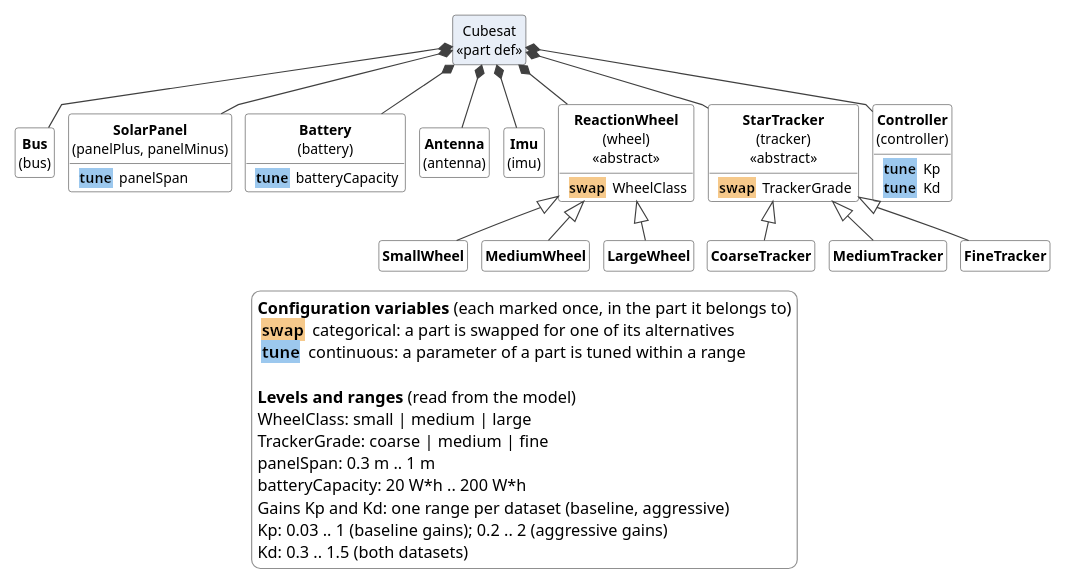
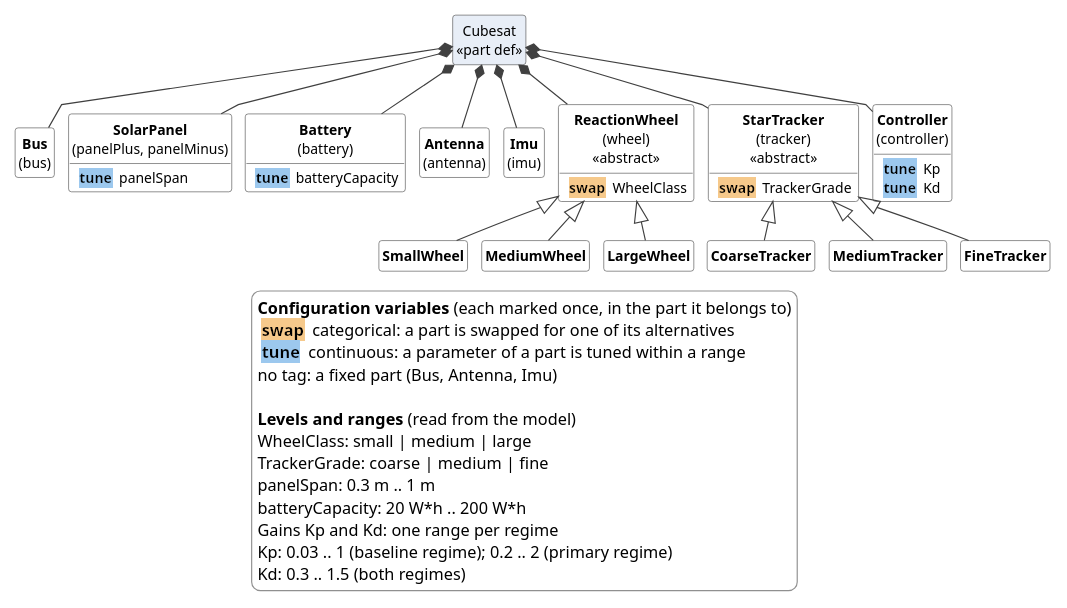
One commit to DynamicalSystemsGroup/hyperbolic-trade-space changed the diagram in examples/adcs/model_v2/views/assembly_view.puml. Above: the diagram before and after it, drawn with PlantUML. The commit also changed 21 other files, not shown here.

```diff
--- a/examples/adcs/model_v2/views/assembly_view.puml
+++ b/examples/adcs/model_v2/views/assembly_view.puml
@@ -1,88 +1,89 @@
 @startuml
 top to bottom direction
 skinparam linetype polyline
 skinparam shadowing false
 skinparam defaultFontName SansSerif
 skinparam defaultFontSize 12
 skinparam ClassBackgroundColor white
 skinparam ClassBorderColor #404040
 skinparam ClassAttributeIconSize 0
 skinparam ArrowColor #404040
 skinparam RectangleBackgroundColor white
 skinparam RectangleBorderColor #404040
 skinparam PackageBackgroundColor #F7F7F7
 skinparam PackageBorderColor #909090
 skinparam LegendBackgroundColor white
 skinparam LegendBorderColor #909090
 skinparam nodesep 12
 skinparam ranksep 34
 hide circle
 hide empty members
 
 scale 700 width
 
 class "Cubesat\n<<part def>>" as Cubesat #E8EEF7
 class "**Bus**\n(bus)" as Bus {
 }
 class "**SolarPanel**\n(panelPlus, panelMinus)" as SolarPanel {
   <back:#9CC8EE><b> tune </b></back> panelSpan
 }
 class "**Battery**\n(battery)" as Battery {
   <back:#9CC8EE><b> tune </b></back> batteryCapacity
 }
 class "**Antenna**\n(antenna)" as Antenna {
 }
 class "**Imu**\n(imu)" as Imu {
 }
 class "**ReactionWheel**\n(wheel)\n<<abstract>>" as ReactionWheel {
   <back:#F6C98B><b> swap </b></back> WheelClass
 }
 class "**StarTracker**\n(tracker)\n<<abstract>>" as StarTracker {
   <back:#F6C98B><b> swap </b></back> TrackerGrade
 }
 class "**Controller**\n(controller)" as Controller {
   <back:#9CC8EE><b> tune </b></back> Kp
   <back:#9CC8EE><b> tune </b></back> Kd
 }
 Cubesat *-- Bus
 Cubesat *-- SolarPanel
 Cubesat *-- Battery
 Cubesat *-- Antenna
 Cubesat *-- Imu
 Cubesat *-- ReactionWheel
 Cubesat *-- StarTracker
 Cubesat *-- Controller
 class "**SmallWheel**" as SmallWheel {
 }
 class "**MediumWheel**" as MediumWheel {
 }
 class "**LargeWheel**" as LargeWheel {
 }
 class "**CoarseTracker**" as CoarseTracker {
 }
 class "**MediumTracker**" as MediumTracker {
 }
 class "**FineTracker**" as FineTracker {
 }
 ReactionWheel <|-- SmallWheel
 ReactionWheel <|-- MediumWheel
 ReactionWheel <|-- LargeWheel
 StarTracker <|-- CoarseTracker
 StarTracker <|-- MediumTracker
 StarTracker <|-- FineTracker
 
 legend bottom
   **Configuration variables** (each marked once, in the part it belongs to)
   <back:#F6C98B><b> swap </b></back> categorical: a part is swapped for one of its alternatives
   <back:#9CC8EE><b> tune </b></back> continuous: a parameter of a part is tuned within a range
+  no tag: a fixed part (Bus, Antenna, Imu)
   
   **Levels and ranges** (read from the model)
   WheelClass: small | medium | large
   TrackerGrade: coarse | medium | fine
   panelSpan: 0.3 m .. 1 m
   batteryCapacity: 20 W*h .. 200 W*h
-  Gains Kp and Kd: one range per dataset (baseline, aggressive)
-  Kp: 0.03 .. 1 (baseline gains); 0.2 .. 2 (aggressive gains)
-  Kd: 0.3 .. 1.5 (both datasets)
+  Gains Kp and Kd: one range per regime
+  Kp: 0.03 .. 1 (baseline regime); 0.2 .. 2 (primary regime)
+  Kd: 0.3 .. 1.5 (both regimes)
 end legend
 @enduml
```
